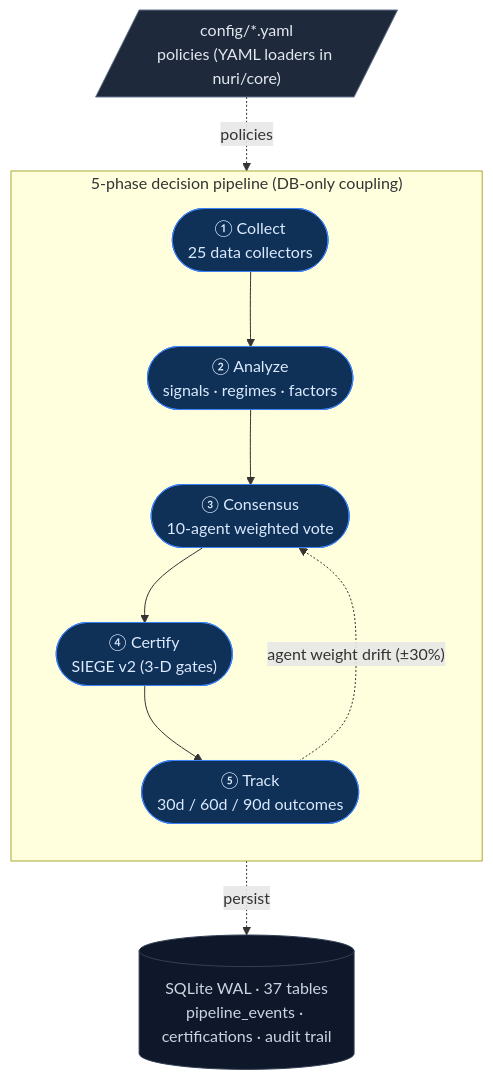
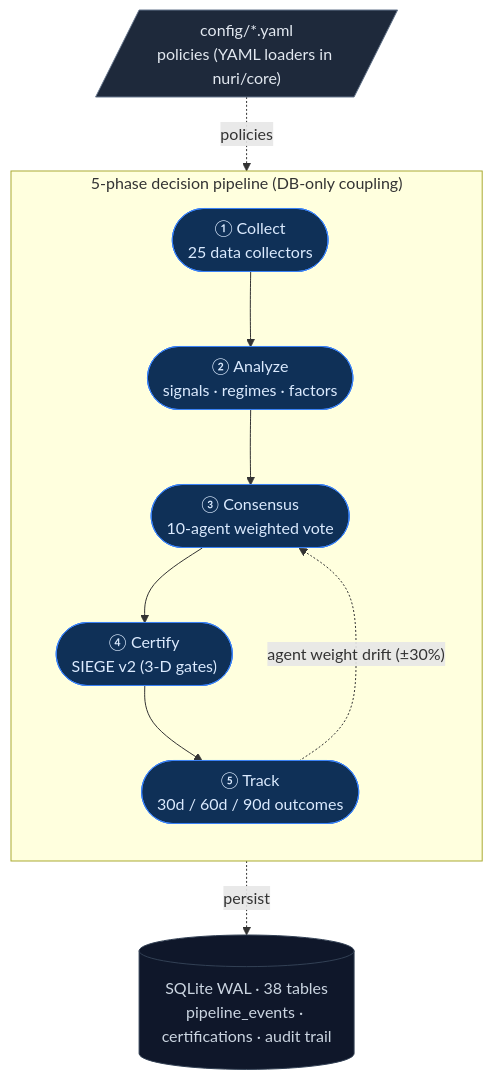
One commit to researcherhojin/nuri-quant changed the diagram in README.md. Above: the diagram before and after it, drawn with Mermaid. The commit also changed 11 other files, not shown here.

````diff
--- a/README.md
+++ b/README.md
@@ -17,25 +17,25 @@
 ```mermaid
 flowchart TB
     CFG[/"config/*.yaml<br/>policies (YAML loaders in nuri/core)"/]:::source
 
     subgraph Pipeline["5-phase decision pipeline (DB-only coupling)"]
         direction TB
         A(["① Collect<br/>25 data collectors"]):::pipe
         B(["② Analyze<br/>signals · regimes · factors"]):::pipe
         C(["③ Consensus<br/>10-agent weighted vote"]):::pipe
         D(["④ Certify<br/>SIEGE v2 (3-D gates)"]):::pipe
         E(["⑤ Track<br/>30d / 60d / 90d outcomes"]):::pipe
 
         A --> B --> C --> D --> E
         E -. "agent weight drift (±30%)" .-> C
     end
 
-    DB[("SQLite WAL · 37 tables<br/>pipeline_events · certifications · audit trail")]:::sink
+    DB[("SQLite WAL · 38 tables<br/>pipeline_events · certifications · audit trail")]:::sink
 
     CFG -. policies .-> Pipeline
     Pipeline -. persist .-> DB
 
     classDef source fill:#1e293b,stroke:#64748b,color:#e2e8f0
     classDef pipe   fill:#0f3057,stroke:#3b82f6,color:#dbeafe
     classDef sink   fill:#0f172a,stroke:#334155,color:#cbd5e1
 ```
````
